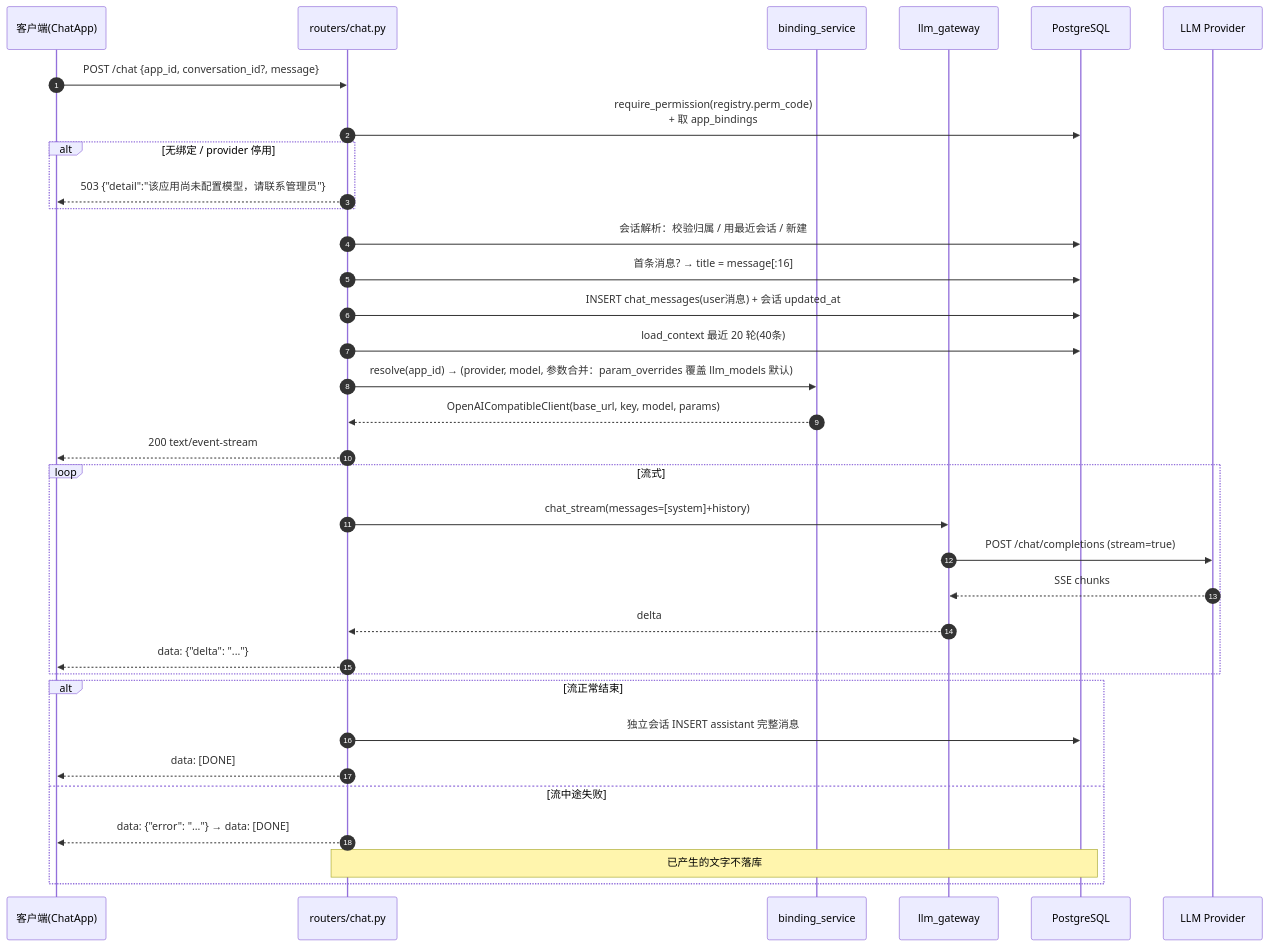
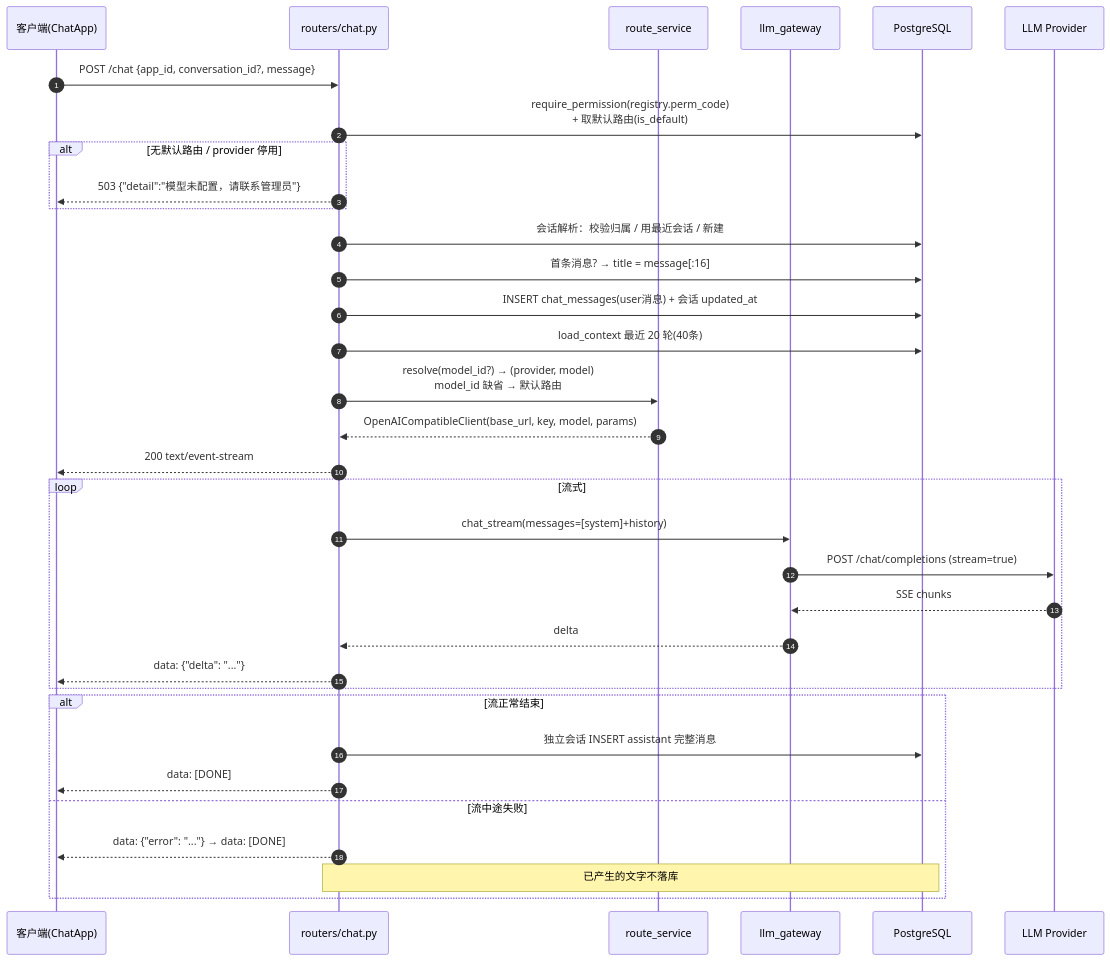
The second of 7 diagrams in docs/架构设计-v1.md (XiaoPang-Huang/lumencafe), drawn with Mermaid before and after one commit. The commit also changed other lines of this file and 8 other files, not shown here.

First line of the commit message:
docs: 协作基建（规范+项目地图）+ 产品契约修订同步

````diff
--- a/docs/架构设计-v1.md
+++ b/docs/架构设计-v1.md
@@ -639,39 +651,39 @@
 ```mermaid
 sequenceDiagram
     autonumber
     participant C as 客户端(ChatApp)
     participant R as routers/chat.py
-    participant B as binding_service
+    participant B as route_service
     participant G as llm_gateway
     participant D as PostgreSQL
     participant L as LLM Provider
 
     C->>R: POST /chat {app_id, conversation_id?, message}
-    R->>D: require_permission(registry.perm_code)<br/>+ 取 app_bindings
-    alt 无绑定 / provider 停用
-        R-->>C: 503 {"detail":"该应用尚未配置模型，请联系管理员"}
+    R->>D: require_permission(registry.perm_code)<br/>+ 取默认路由(is_default)
+    alt 无默认路由 / provider 停用
+        R-->>C: 503 {"detail":"模型未配置，请联系管理员"}
     end
     R->>D: 会话解析：校验归属 / 用最近会话 / 新建
     R->>D: 首条消息? → title = message[:16]
     R->>D: INSERT chat_messages(user消息) + 会话 updated_at
     R->>D: load_context 最近 20 轮(40条)
-    R->>B: resolve(app_id) → (provider, model, 参数合并：param_overrides 覆盖 llm_models 默认)
+    R->>B: resolve(model_id?) → (provider, model)<br/>model_id 缺省 → 默认路由
     B-->>R: OpenAICompatibleClient(base_url, key, model, params)
     R-->>C: 200 text/event-stream
 
     loop 流式
         R->>G: chat_stream(messages=[system]+history)
         G->>L: POST /chat/completions (stream=true)
         L-->>G: SSE chunks
         G-->>R: delta
         R-->>C: data: {"delta": "..."}
     end
 
     alt 流正常结束
         R->>D: 独立会话 INSERT assistant 完整消息
         R-->>C: data: [DONE]
     else 流中途失败
         R-->>C: data: {"error": "..."} → data: [DONE]
         Note over R,D: 已产生的文字不落库
     end
 ```
````
